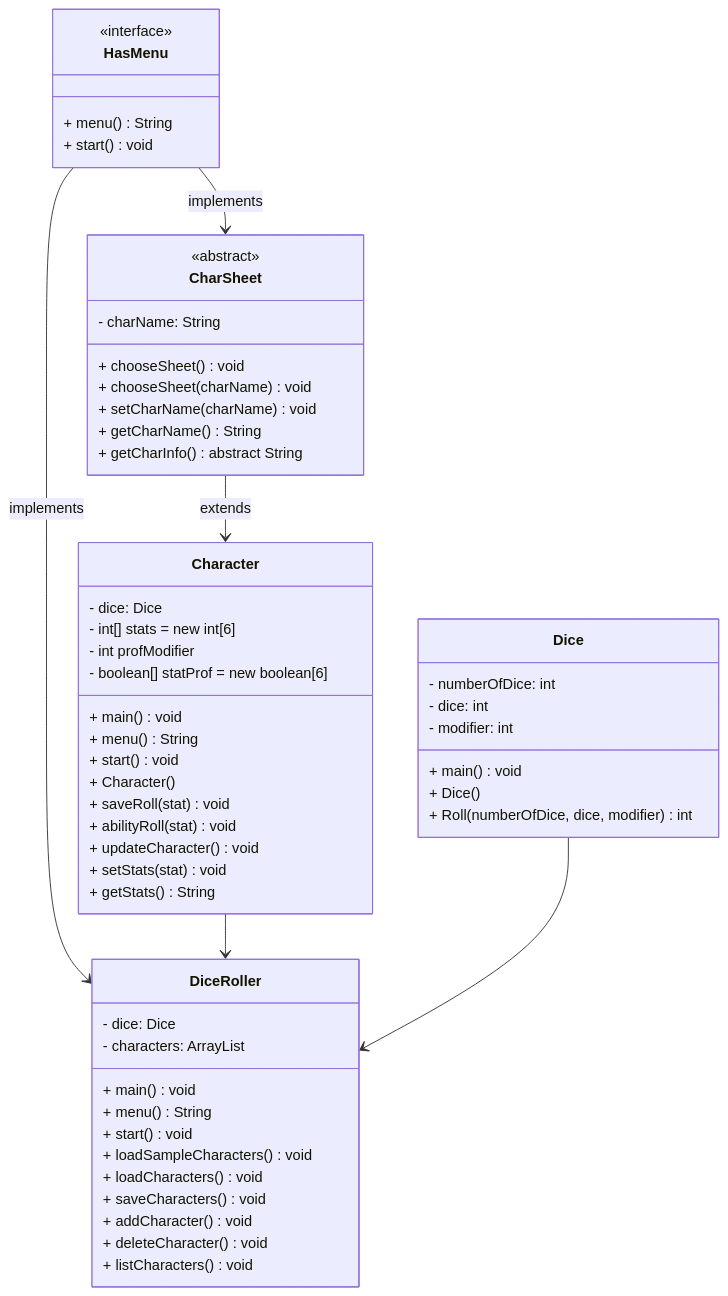
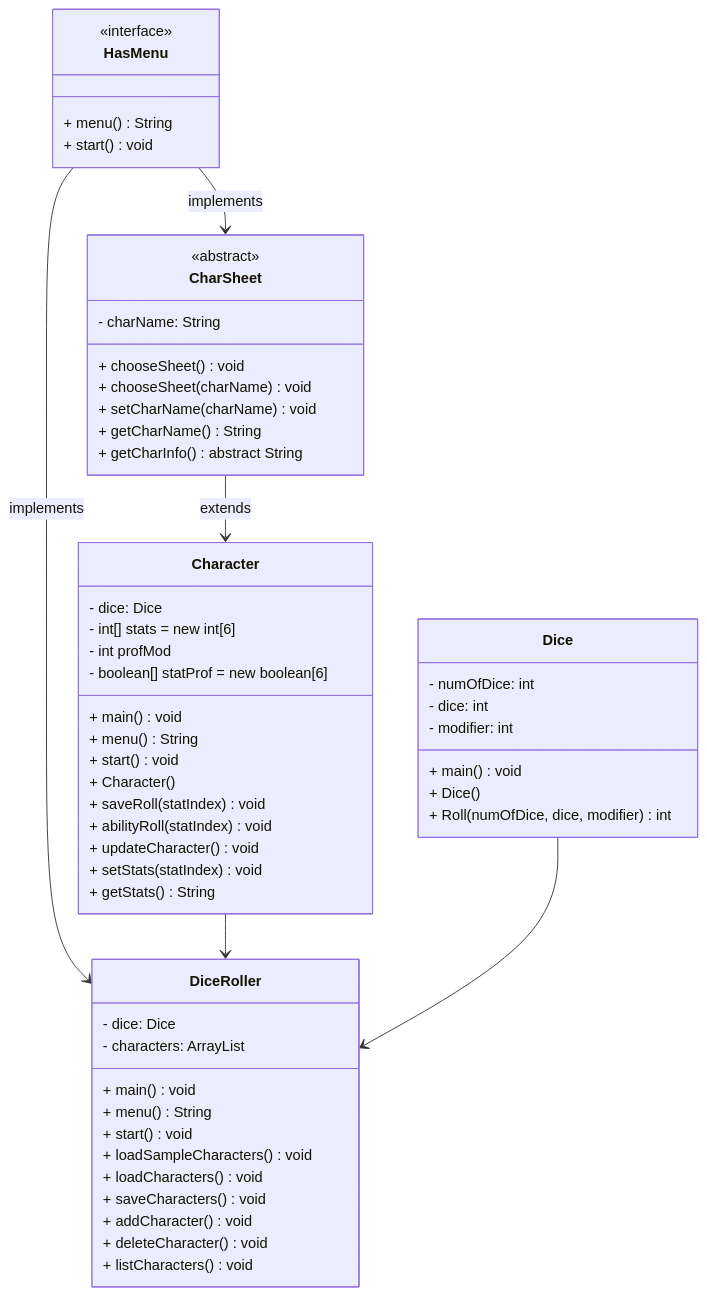
One commit to EnderSlayer121/DnDDiceRoller changed the diagram in README.md. Above: the diagram before and after it, drawn with Mermaid. The commit also changed other lines of this file, not shown here.

````diff
--- a/README.md
+++ b/README.md
@@ -4,59 +4,59 @@
 ```mermaid
 classDiagram
     class HasMenu{
         <<interface>>
         + menu() String
         + start() void
     }
     class Dice{
-        - numberOfDice: int
+        - numOfDice: int
         - dice: int
         - modifier: int
         + main() void
         + Dice()
-        + Roll(numberOfDice, dice, modifier) int
+        + Roll(numOfDice, dice, modifier) int
     }
     class CharSheet{
         <<abstract>>
         - charName: String
         + chooseSheet() void
         + chooseSheet(charName) void
         + setCharName(charName) void
         + getCharName() String
         + getCharInfo() abstract String
     }
     class Character{
         - dice: Dice
         - int[] stats = new int[6]
-        - int profModifier
+        - int profMod
         - boolean[] statProf = new boolean[6]
         + main() void
         + menu() String
         + start() void
         + Character()
-        + saveRoll(stat) void
-        + abilityRoll(stat) void
+        + saveRoll(statIndex) void
+        + abilityRoll(statIndex) void
         + updateCharacter() void
-        + setStats(stat) void
+        + setStats(statIndex) void
         + getStats() String
     }
     class DiceRoller{
         - dice: Dice
         - characters: ArrayList
         + main() void
         + menu() String
         + start() void
         + loadSampleCharacters() void
         + loadCharacters() void
         + saveCharacters() void
         + addCharacter() void
         + deleteCharacter() void
         + listCharacters() void
     }
 
     HasMenu --> CharSheet: implements
     HasMenu --> DiceRoller: implements
     CharSheet --> Character: extends
     Character --> DiceRoller
     Dice --> DiceRoller
 ```
````
